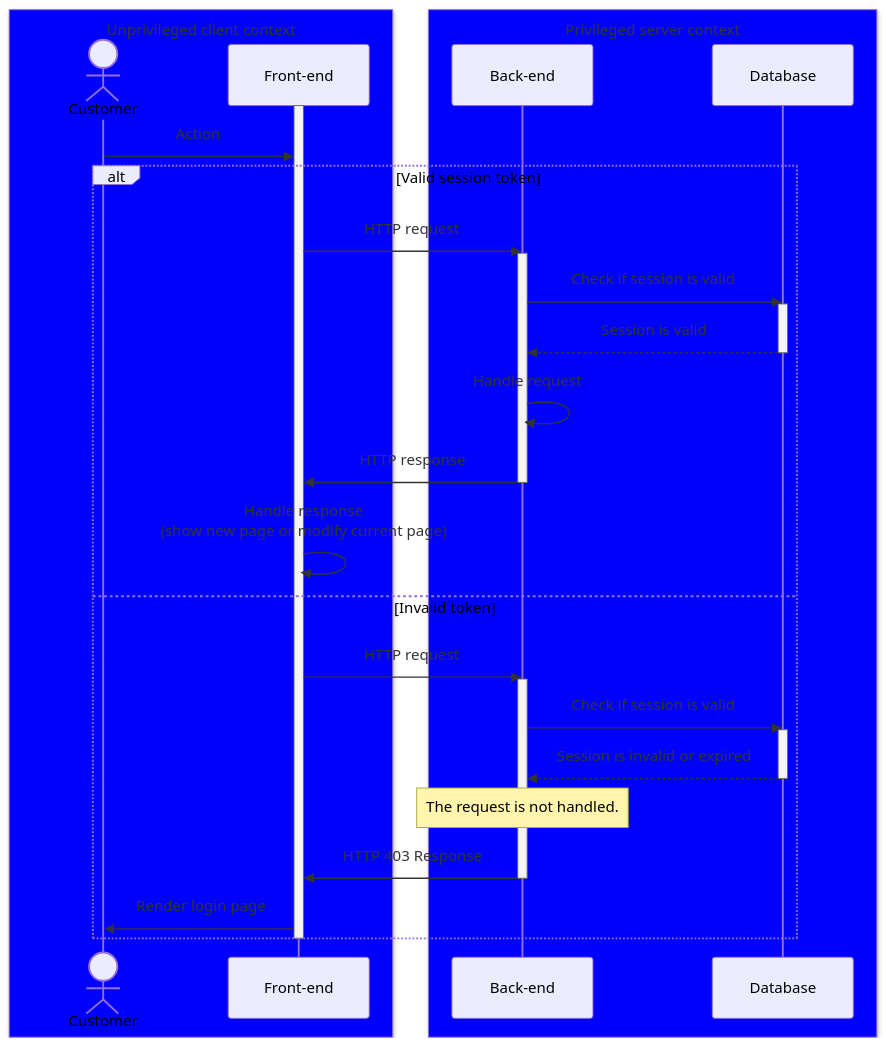
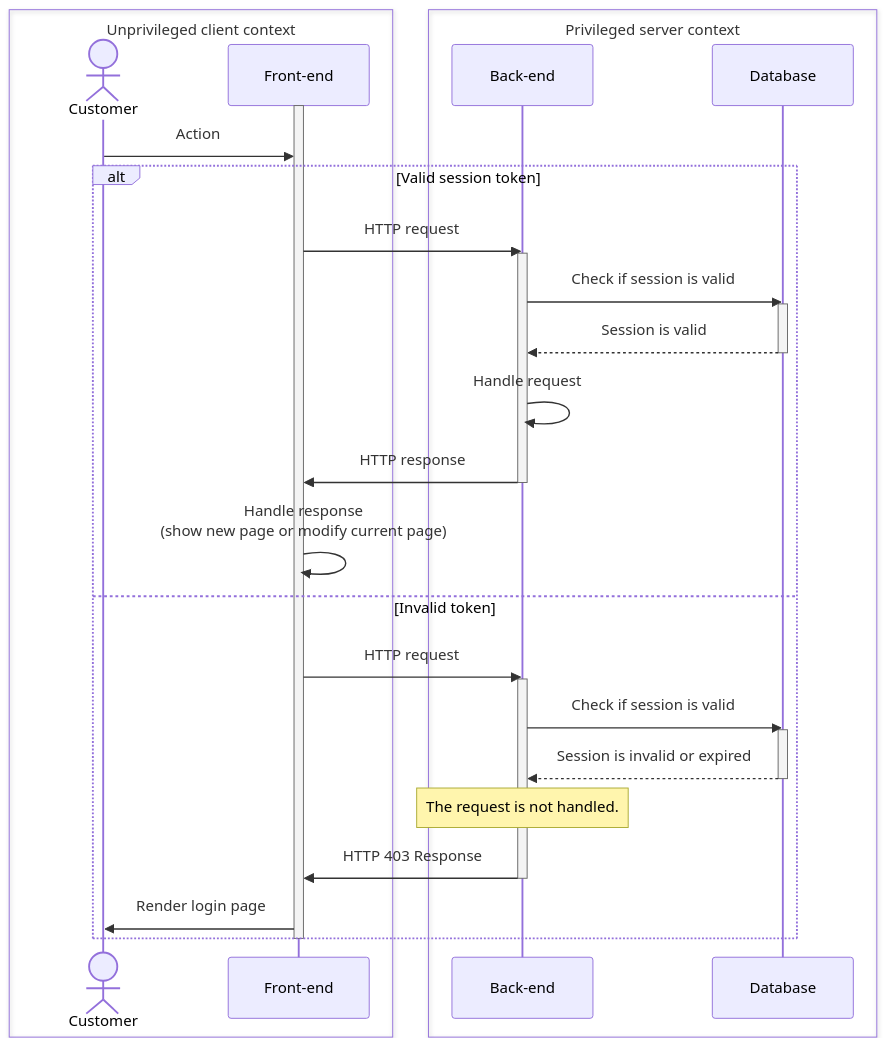
Before and after one commit to MCBUKimono/docs: the diagram in sequence_0_frontend_backend_boundary.mermaid, drawn with Mermaid.

Commit message:
Make boundaries both transparent for better viewing in all themes

```diff
--- a/sequence_0_frontend_backend_boundary.mermaid
+++ b/sequence_0_frontend_backend_boundary.mermaid
@@ -1,36 +1,36 @@
 sequenceDiagram
-    box blue Unprivileged client context
+    box transparent Unprivileged client context
         actor Customer
         participant FE as Front-end
     end
-    box blue Privileged server context
+    box transparent Privileged server context
         participant BE as Back-end
         participant DB as Database
     end
 
     activate FE
     Customer ->> FE: Action
     alt Valid session token
         FE ->> BE: HTTP request
         activate BE
         BE ->> DB: Check if session is valid
         activate DB
         DB -->> BE: Session is valid
         deactivate DB
         BE ->> BE: Handle request
         BE ->> FE: HTTP response
         deactivate BE
         FE ->> FE: Handle response<br>(show new page or modify current page)
     else Invalid token
         FE ->> BE: HTTP request
         activate BE
         BE ->> DB: Check if session is valid
         activate DB
         DB -->> BE: Session is invalid or expired
         deactivate DB
         note over BE: The request is not handled.
         BE ->> FE: HTTP 403 Response
         deactivate BE
         FE ->> Customer: Render login page
     end
     deactivate FE
```
